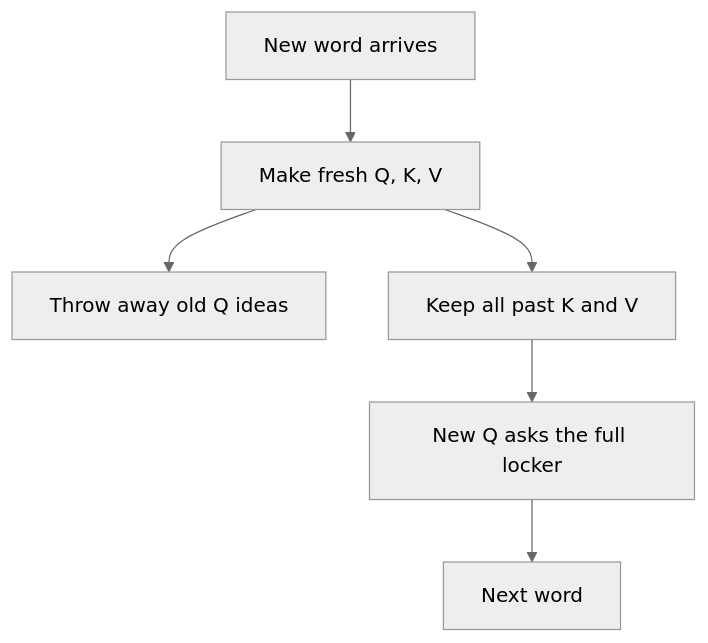
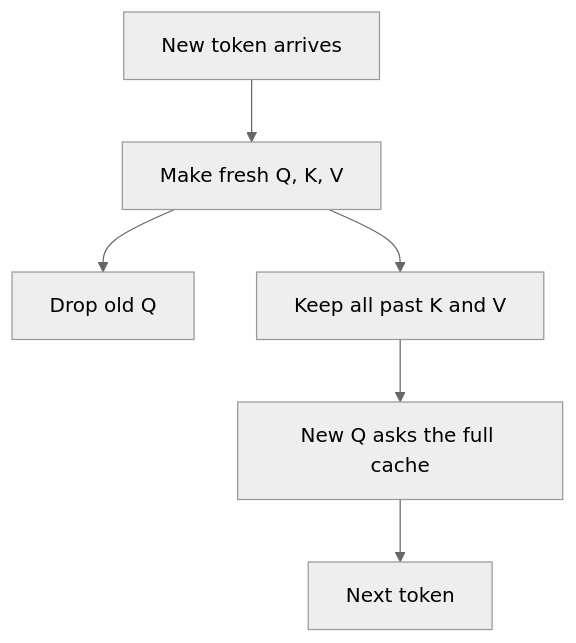
Before and after one commit to vijaykumarjob0701/theintelliwise: the third of 4 diagrams in _posts/2026-09-24-kv-cache-sticky-notes.md, drawn with Mermaid (neutral theme). The commit also changed other lines of this file and 6 other files, not shown here.

````diff
--- a/_posts/2026-09-24-kv-cache-sticky-notes.md
+++ b/_posts/2026-09-24-kv-cache-sticky-notes.md
@@ -110,8 +106,8 @@
 ```mermaid
 flowchart TB
-  A[New word arrives] --> B[Make fresh Q, K, V]
-  B --> C[Throw away old Q ideas]
+  A[New token arrives] --> B[Make fresh Q, K, V]
+  B --> C[Drop old Q]
   B --> D[Keep all past K and V]
-  D --> E[New Q asks the full locker]
-  E --> F[Next word]
+  D --> E[New Q asks the full cache]
+  E --> F[Next token]
 ```
````
